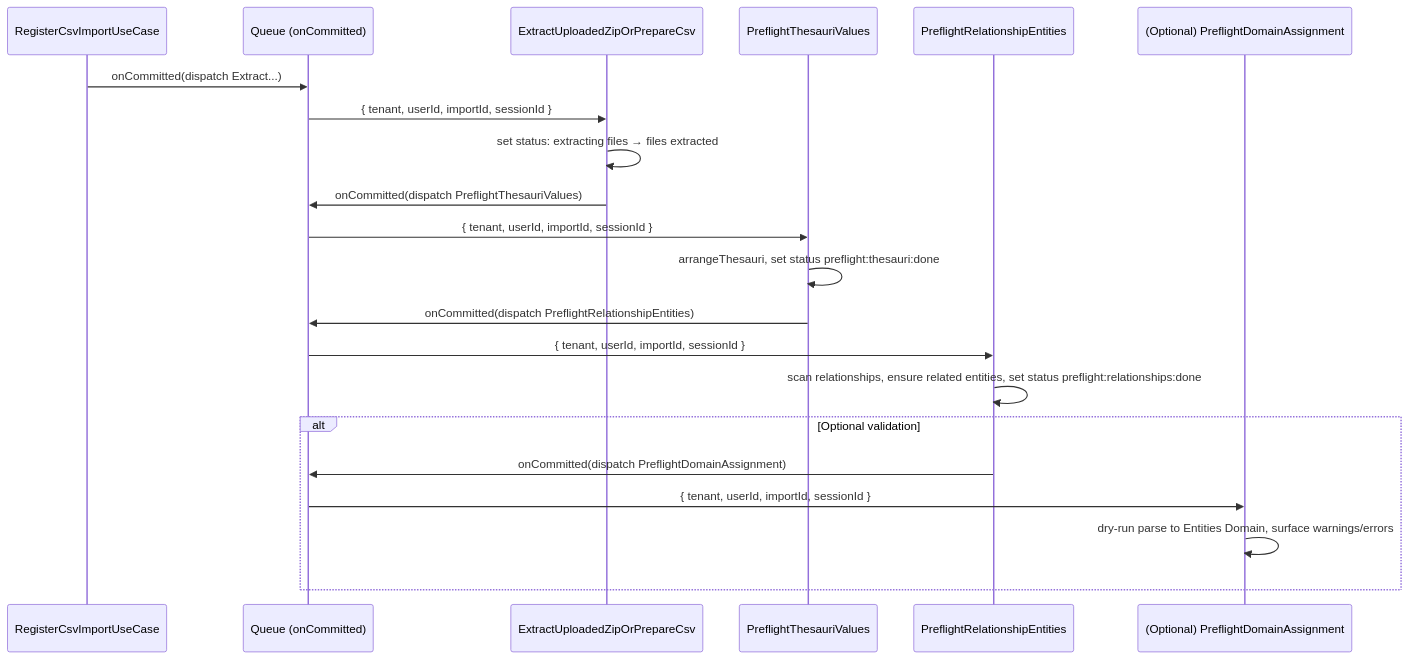
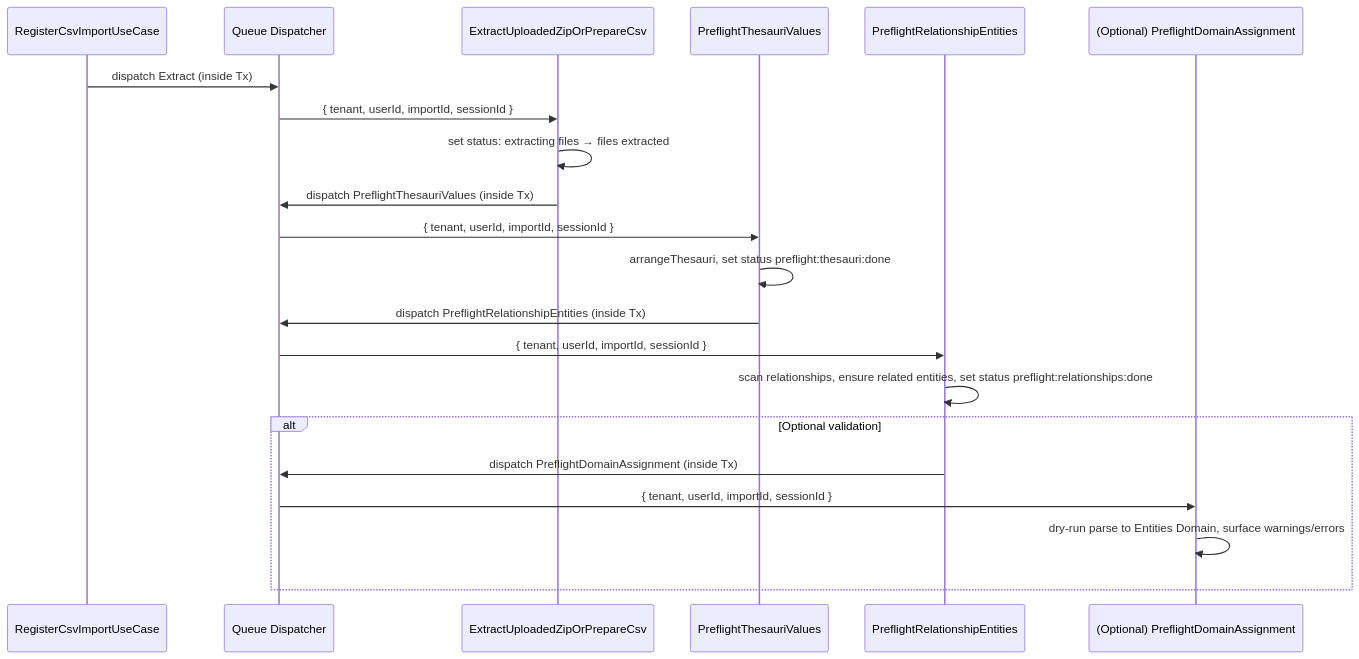
Before and after one commit to huridocs/uwazi: the third of 3 diagrams in AI Contexts/CSV/csv-v2-context-03.md, drawn with Mermaid. The commit also changed other lines of this file and 4 other files, not shown here.

````diff
--- a/AI Contexts/CSV/csv-v2-context-03.md
+++ b/AI Contexts/CSV/csv-v2-context-03.md
@@ -192,24 +192,24 @@
 ```mermaid
 sequenceDiagram
   participant R as RegisterCsvImportUseCase
-  participant Q as Queue (onCommitted)
+  participant Q as Queue Dispatcher
   participant J1 as ExtractUploadedZipOrPrepareCsv
   participant J2 as PreflightThesauriValues
   participant J3 as PreflightRelationshipEntities
   participant J4 as (Optional) PreflightDomainAssignment
 
-  R->>Q: onCommitted(dispatch Extract...)
+  R->>Q: dispatch Extract (inside Tx)
   Q->>J1: { tenant, userId, importId, sessionId }
   J1->>J1: set status: extracting files → files extracted
-  J1->>Q: onCommitted(dispatch PreflightThesauriValues)
+  J1->>Q: dispatch PreflightThesauriValues (inside Tx)
   Q->>J2: { tenant, userId, importId, sessionId }
   J2->>J2: arrangeThesauri, set status preflight:thesauri:done
-  J2->>Q: onCommitted(dispatch PreflightRelationshipEntities)
+  J2->>Q: dispatch PreflightRelationshipEntities (inside Tx)
   Q->>J3: { tenant, userId, importId, sessionId }
   J3->>J3: scan relationships, ensure related entities, set status preflight:relationships:done
   alt Optional validation
-    J3->>Q: onCommitted(dispatch PreflightDomainAssignment)
+    J3->>Q: dispatch PreflightDomainAssignment (inside Tx)
     Q->>J4: { tenant, userId, importId, sessionId }
     J4->>J4: dry-run parse to Entities Domain, surface warnings/errors
   end
 ```
````
